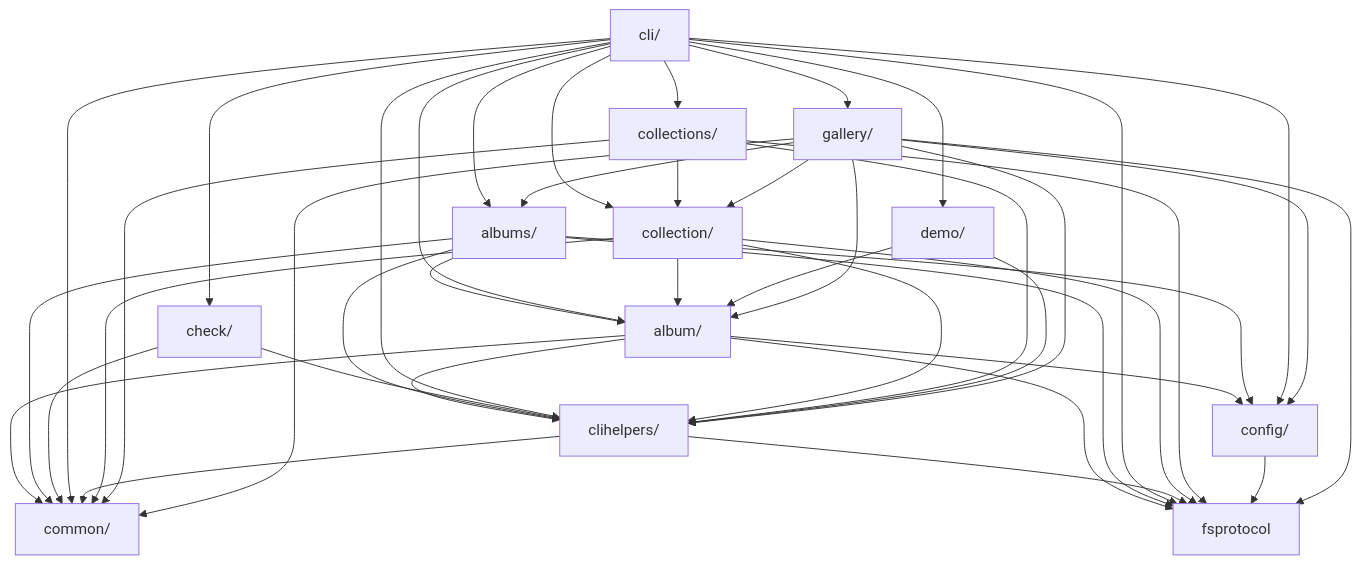
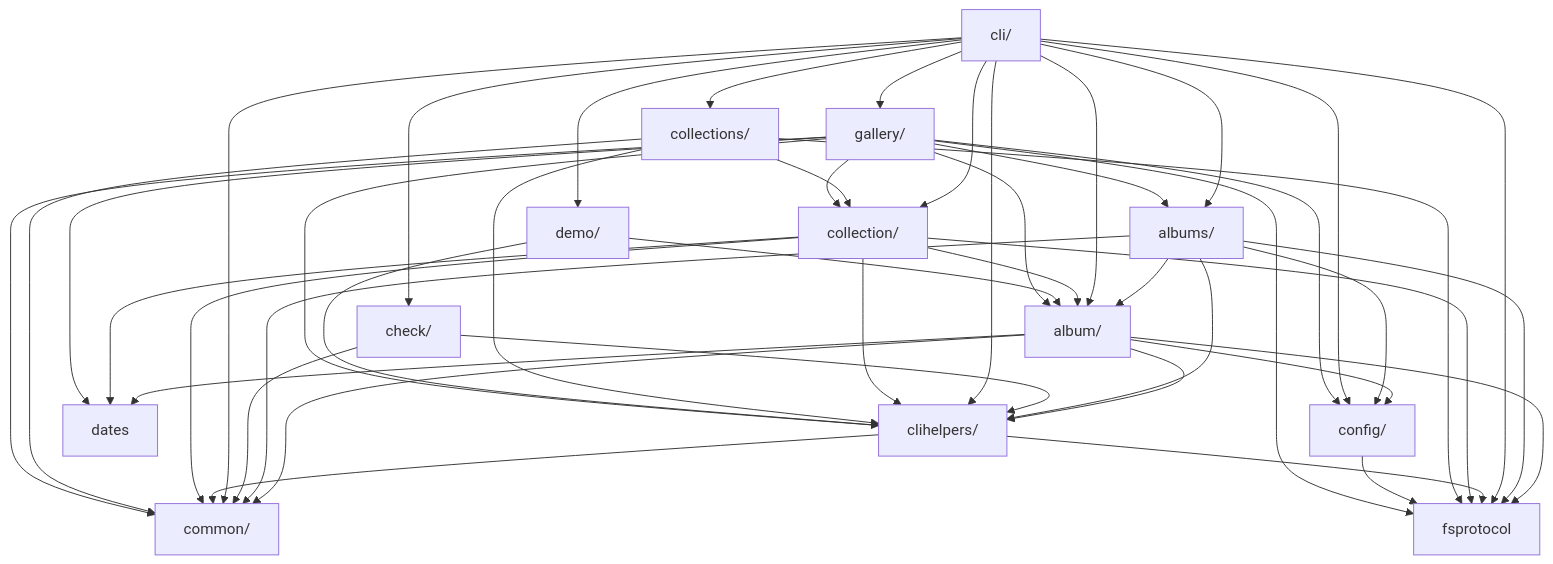
One commit to iglootools/photree changed the diagram in docs/architecture.md. Above: the diagram before and after it, drawn with Mermaid. The commit also changed other lines of this file and 93 other files, not shown here.

````diff
--- a/docs/architecture.md
+++ b/docs/architecture.md
@@ -19,58 +31,62 @@
 ```mermaid
 graph TD
     album["album/"]
     albums["albums/"]
     check["check/"]
     cli["cli/"]
     clihelpers["clihelpers/"]
     collection["collection/"]
     collections["collections/"]
     common["common/"]
     config["config/"]
+    dates["dates"]
     demo["demo/"]
     fsprotocol["fsprotocol"]
     gallery["gallery/"]
 
     album --> clihelpers
     album --> common
     album --> config
+    album --> dates
     album --> fsprotocol
     albums --> album
     albums --> clihelpers
     albums --> common
     albums --> config
     albums --> fsprotocol
     check --> clihelpers
     check --> common
     cli --> album
     cli --> albums
     cli --> check
     cli --> clihelpers
     cli --> collection
     cli --> collections
     cli --> common
     cli --> config
     cli --> demo
     cli --> fsprotocol
     cli --> gallery
     clihelpers --> common
     clihelpers --> fsprotocol
     collection --> album
     collection --> clihelpers
     collection --> common
+    collection --> dates
     collection --> fsprotocol
     collections --> clihelpers
     collections --> collection
     collections --> common
     collections --> fsprotocol
     config --> fsprotocol
     demo --> album
     demo --> clihelpers
     gallery --> album
     gallery --> albums
     gallery --> clihelpers
     gallery --> collection
     gallery --> common
     gallery --> config
+    gallery --> dates
     gallery --> fsprotocol
 ```
````
